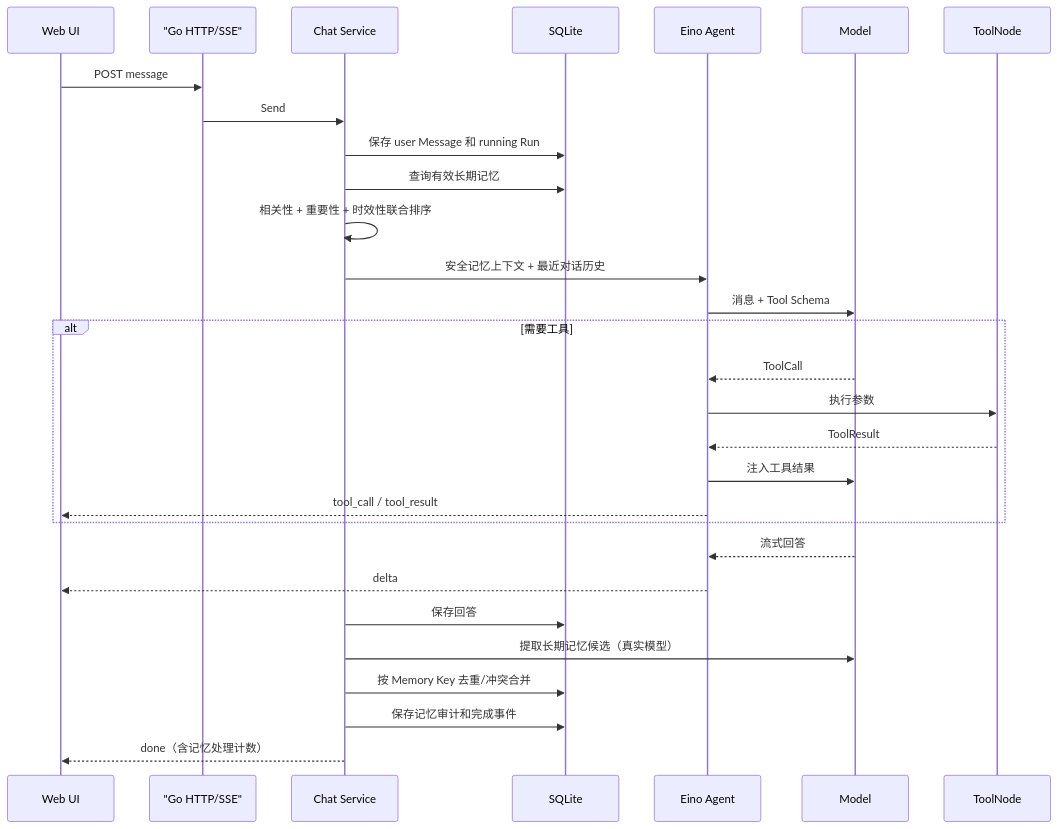
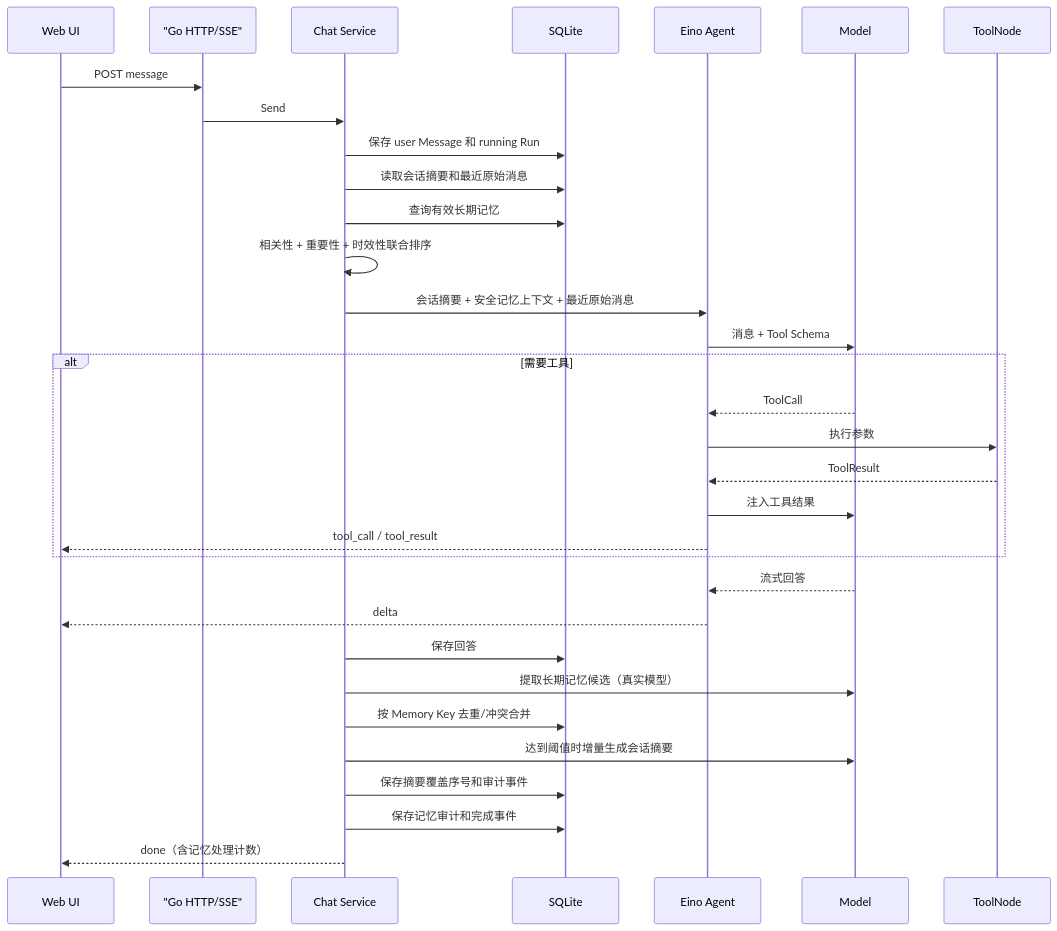
One commit to zora-DD/zora changed the diagram in README.md. Above: the diagram before and after it, drawn with Mermaid. The commit also changed other lines of this file and 27 other files, not shown here.

````diff
--- a/README.md
+++ b/README.md
@@ -227,32 +235,35 @@
 ```mermaid
 sequenceDiagram
     participant UI as Web UI
     participant API as "Go HTTP/SSE"
     participant Service as Chat Service
     participant DB as SQLite
     participant ADK as Eino Agent
     participant LLM as Model
     participant Tool as ToolNode
 
     UI->>API: POST message
     API->>Service: Send
     Service->>DB: 保存 user Message 和 running Run
+    Service->>DB: 读取会话摘要和最近原始消息
     Service->>DB: 查询有效长期记忆
     Service->>Service: 相关性 + 重要性 + 时效性联合排序
-    Service->>ADK: 安全记忆上下文 + 最近对话历史
+    Service->>ADK: 会话摘要 + 安全记忆上下文 + 最近原始消息
     ADK->>LLM: 消息 + Tool Schema
     alt 需要工具
         LLM-->>ADK: ToolCall
         ADK->>Tool: 执行参数
         Tool-->>ADK: ToolResult
         ADK->>LLM: 注入工具结果
         ADK-->>UI: tool_call / tool_result
     end
     LLM-->>ADK: 流式回答
     ADK-->>UI: delta
     Service->>DB: 保存回答
     Service->>LLM: 提取长期记忆候选（真实模型）
     Service->>DB: 按 Memory Key 去重/冲突合并
+    Service->>LLM: 达到阈值时增量生成会话摘要
+    Service->>DB: 保存摘要覆盖序号和审计事件
     Service->>DB: 保存记忆审计和完成事件
     Service-->>UI: done（含记忆处理计数）
 ```
````
